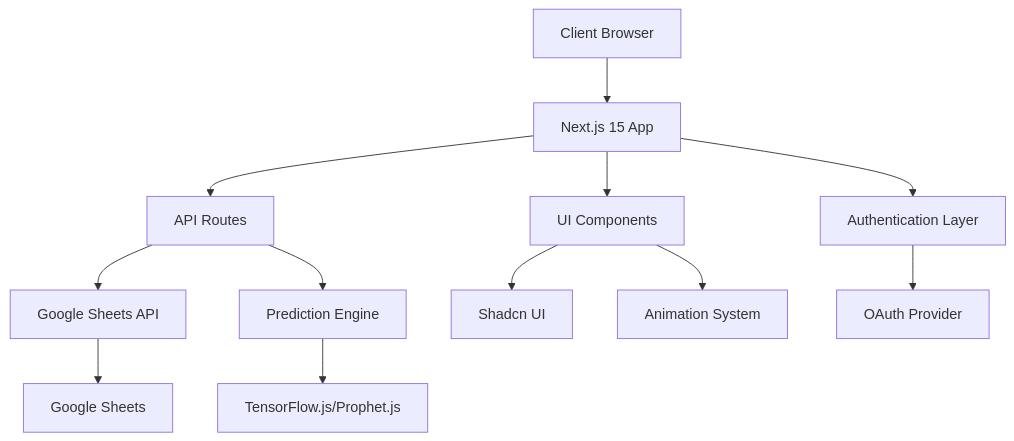
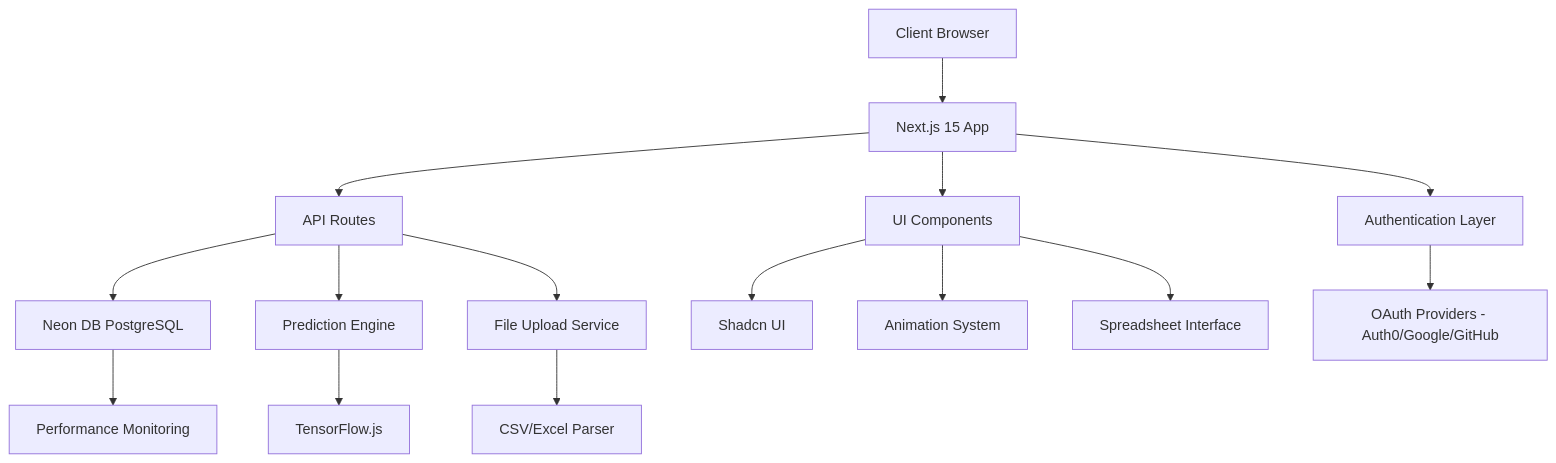
One commit to gittogittu/Transcript-Forecaster changed the diagram in .kiro/specs/transcript-analytics-platform/design.md. Above: the diagram before and after it, drawn with Mermaid. The commit also changed other lines of this file and 33 other files, not shown here.

````diff
--- a/.kiro/specs/transcript-analytics-platform/design.md
+++ b/.kiro/specs/transcript-analytics-platform/design.md
@@ -11,15 +11,18 @@
 ```mermaid
 graph TB
     A[Client Browser] --> B[Next.js 15 App]
     B --> C[Authentication Layer]
     B --> D[API Routes]
-    D --> E[Google Sheets API]
+    D --> E[Neon DB PostgreSQL]
     D --> F[Prediction Engine]
-    B --> G[UI Components]
-    G --> H[Shadcn UI]
-    G --> I[Animation System]
+    D --> G[File Upload Service]
+    B --> H[UI Components]
+    H --> I[Shadcn UI]
+    H --> J[Animation System]
+    H --> K[Spreadsheet Interface]
     
-    C --> J[OAuth Provider]
-    F --> K[TensorFlow.js/Prophet.js]
-    E --> L[Google Sheets]
+    C --> L[OAuth Providers - Auth0/Google/GitHub]
+    F --> M[TensorFlow.js]
+    G --> N[CSV/Excel Parser]
+    E --> O[Performance Monitoring]
 ```
````
